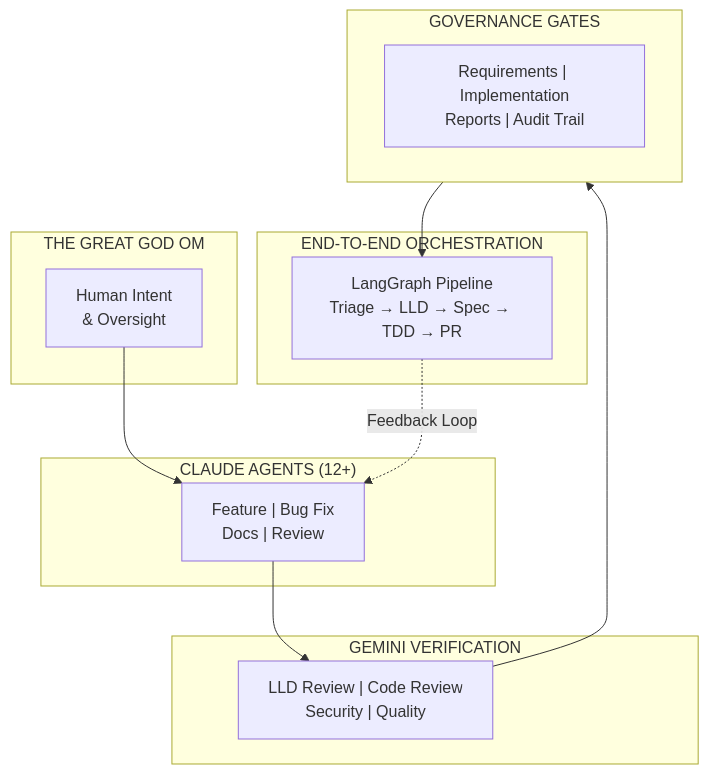
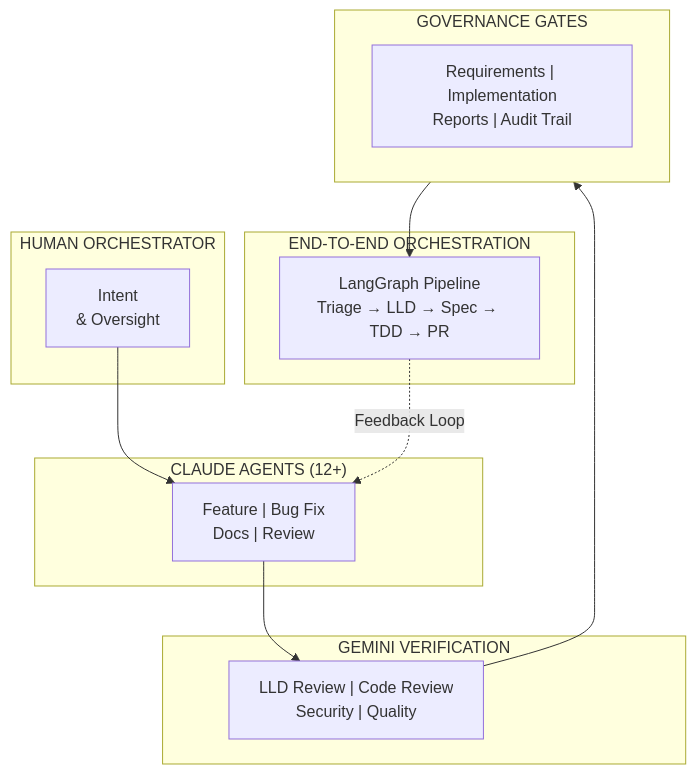
The first of 4 diagrams in wiki/Home.md (martymcenroe/AssemblyZero), drawn with Mermaid before and after one commit.

Commit message:
docs: rename Mermaid diagram label from Discworld ref to professional

````diff
--- a/wiki/Home.md
+++ b/wiki/Home.md
@@ -7,28 +7,28 @@
 ```mermaid
 graph TD
-    subgraph Intent["THE GREAT GOD OM"]
-        O["Human Intent<br/>& Oversight"]
+    subgraph Intent["HUMAN ORCHESTRATOR"]
+        O["Intent<br/>& Oversight"]
     end
 
     subgraph Agents["CLAUDE AGENTS (12+)"]
         A["Feature | Bug Fix<br/>Docs | Review"]
     end
 
     subgraph Verify["GEMINI VERIFICATION"]
         G["LLD Review | Code Review<br/>Security | Quality"]
     end
 
     subgraph Gov["GOVERNANCE GATES"]
         M["Requirements | Implementation<br/>Reports | Audit Trail"]
     end
 
     subgraph Orch["END-TO-END ORCHESTRATION"]
         R["LangGraph Pipeline<br/>Triage → LLD → Spec → TDD → PR"]
     end
 
     O --> A
     A --> G
     G --> Gov
     Gov --> R
     R -.->|"Feedback Loop"| A
 ```
````
